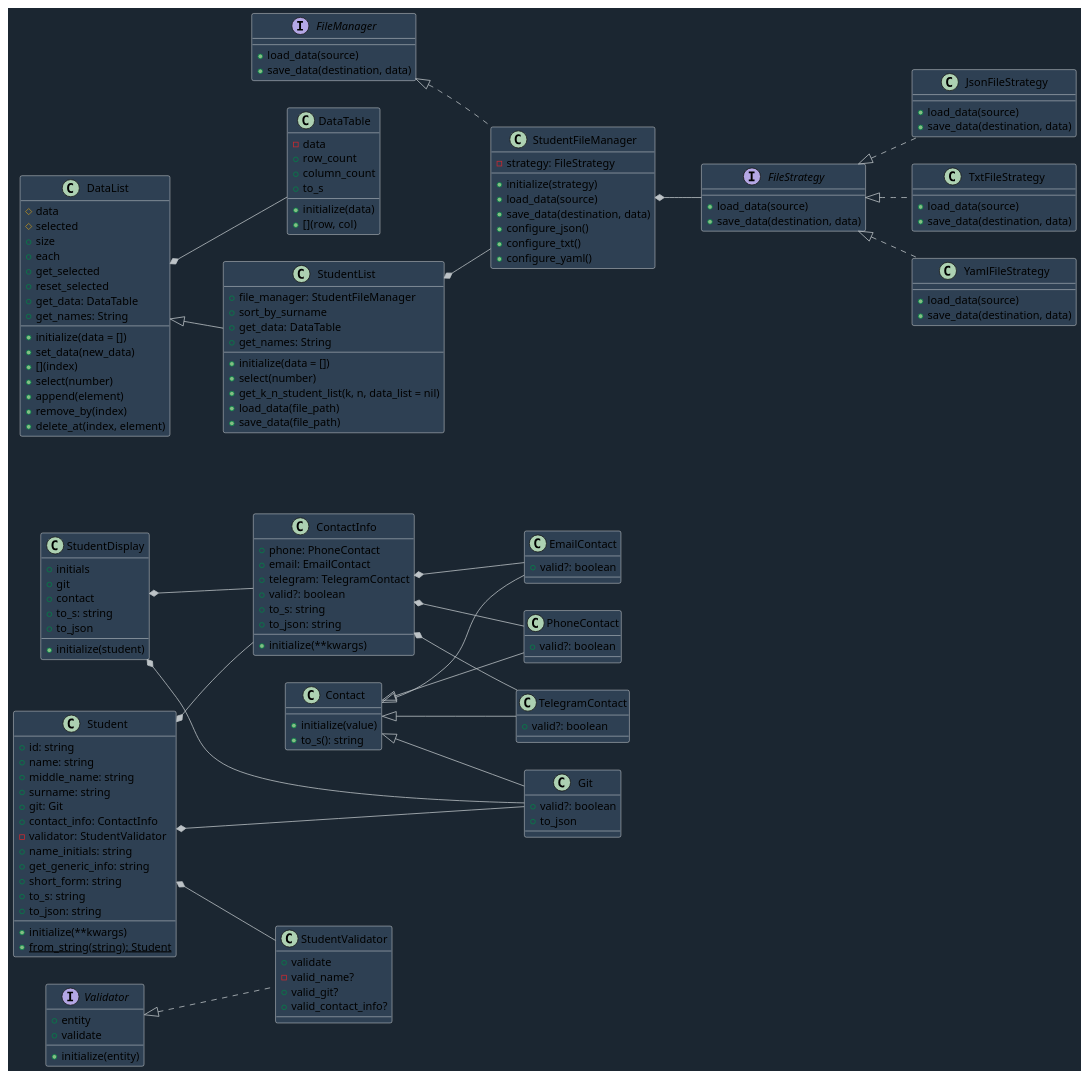
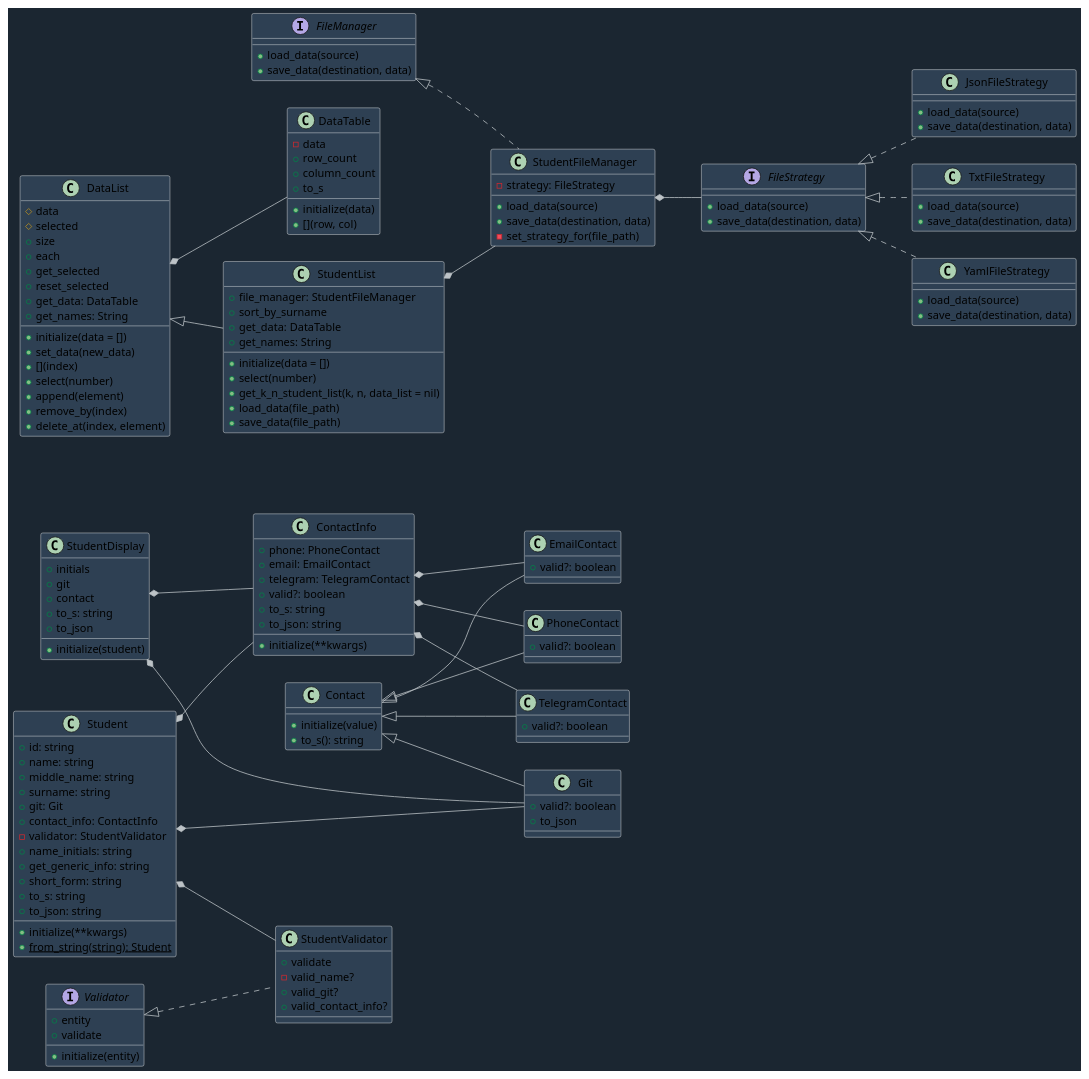
One commit to SnowLukin/Pattern_Class changed the diagram in Labs/diagram_builder.puml. Above: the diagram before and after it, drawn with PlantUML. The commit also changed 7 other files, not shown here.

```diff
--- a/Labs/diagram_builder.puml
+++ b/Labs/diagram_builder.puml
@@ -1,167 +1,164 @@
 @startuml
 
 left to right direction
 skinparam backgroundColor #1B2631
 skinparam class {
   BackgroundColor #2E4053
   BorderColor #1111111
   ArrowColor #BDC3C7
 }
 
 class Contact {
     + initialize(value)
     + to_s(): string
 }
 
 class EmailContact extends Contact {
     + valid?: boolean
 }
 
 class PhoneContact extends Contact {
     + valid?: boolean
 }
 
 class TelegramContact extends Contact {
     + valid?: boolean
 }
 
 class Git extends Contact {
     + valid?: boolean
     + to_json
 }
 
 class ContactInfo {
     + phone: PhoneContact
     + email: EmailContact
     + telegram: TelegramContact
     + initialize(**kwargs)
     + valid?: boolean
     + to_s: string
     + to_json: string
 }
 
 class Student {
     + id: string
     + name: string
     + middle_name: string
     + surname: string
     + git: Git
     + contact_info: ContactInfo
     - validator: StudentValidator
     + initialize(**kwargs)
     + name_initials: string
     + get_generic_info: string
     + short_form: string
     + to_s: string
     + to_json: string
     + {static} from_string(string): Student
 }
 
 class StudentDisplay {
     + initials
     + git
     + contact
     + initialize(student)
     + to_s: string
     + to_json
 }
 
 interface Validator {
     + entity
     + initialize(entity)
     + validate
 }
 
 class StudentValidator implements Validator {
     + validate
     - valid_name?
     + valid_git?
     + valid_contact_info?
 }
 
 interface FileManager {
     + load_data(source)
     + save_data(destination, data)
 }
 
 class StudentFileManager implements FileManager {
     - strategy: FileStrategy
-    + initialize(strategy)
     + load_data(source)
     + save_data(destination, data)
-    + configure_json()
-    + configure_txt()
-    + configure_yaml()
+    - set_strategy_for(file_path)
 }
 
 interface FileStrategy {
     + load_data(source)
     + save_data(destination, data)
 }
 
 class JsonFileStrategy implements FileStrategy {
     + load_data(source)
     + save_data(destination, data)
 }
 
 class TxtFileStrategy implements FileStrategy {
     + load_data(source)
     + save_data(destination, data)
 }
 
 class YamlFileStrategy implements FileStrategy {
     + load_data(source)
     + save_data(destination, data)
 }
 
 class DataTable {
     - data
     + initialize(data)
     + [](row, col)
     + row_count
     + column_count
     + to_s
 }
 
 class DataList {
     # data
     # selected
     + initialize(data = [])
     + set_data(new_data)
     + [](index)
     + size
     + each
     + select(number)
     + get_selected
     + reset_selected
     + append(element)
     + remove_by(index)
     + delete_at(index, element)
     + get_data: DataTable
     + get_names: String
 }
 
 class StudentList extends DataList {
     + file_manager: StudentFileManager
     + initialize(data = [])
     + select(number)
     + sort_by_surname
     + get_k_n_student_list(k, n, data_list = nil)
     + load_data(file_path)
     + save_data(file_path)
     + get_data: DataTable
     + get_names: String
 }
 
 ContactInfo *-- PhoneContact
 ContactInfo *-- EmailContact
 ContactInfo *-- TelegramContact
 Student *-- ContactInfo
 Student *-- Git
 Student *-- StudentValidator
 DataList *-- DataTable
 StudentList *-- StudentFileManager
 StudentFileManager *-- FileStrategy
 StudentDisplay *-- Git
 StudentDisplay *-- ContactInfo
 @enduml
```
